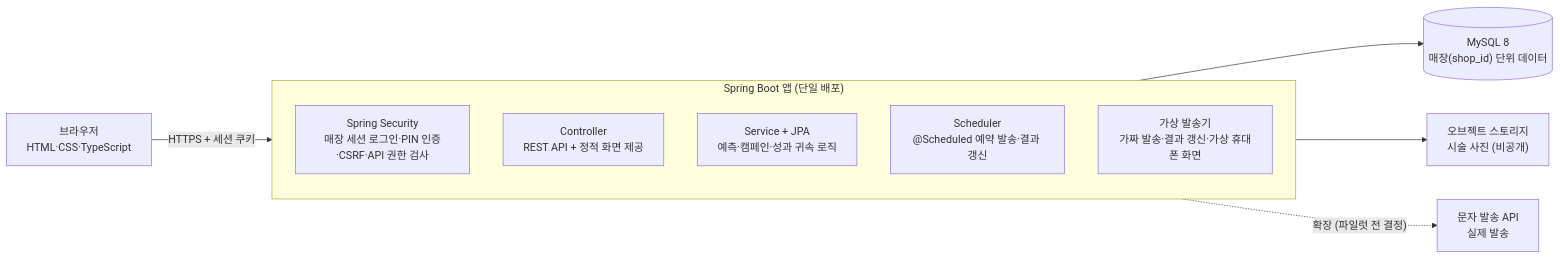
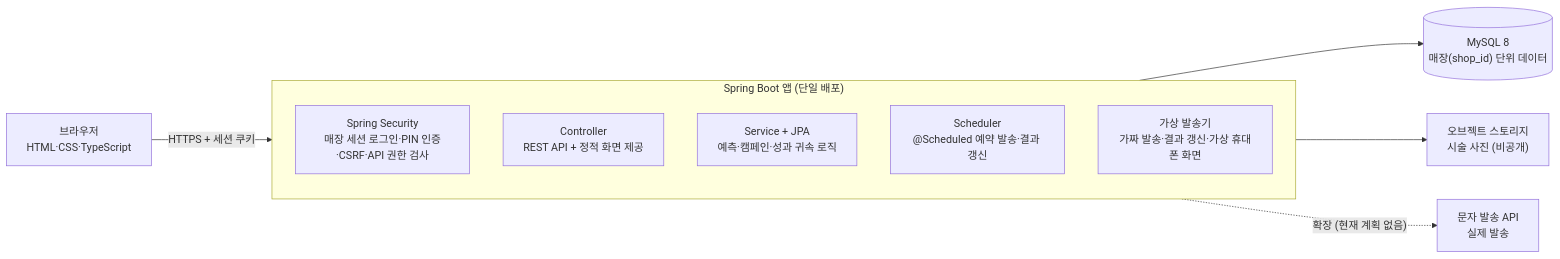
The second of 2 diagrams in 기획서.md (tuktak-lab/docs), drawn with Mermaid before and after one commit. The commit also changed other lines of this file and 2 other files, not shown here.

````diff
--- a/기획서.md
+++ b/기획서.md
@@ -206,15 +206,15 @@
 ```mermaid
 flowchart LR
     B["브라우저<br/>HTML·CSS·TypeScript"] -- "HTTPS + 세션 쿠키" --> APP
     subgraph APP["Spring Boot 앱 (단일 배포)"]
         direction TB
         S["Spring Security<br/>매장 세션 로그인·PIN 인증·CSRF·API 권한 검사"]
         C["Controller<br/>REST API + 정적 화면 제공"]
         SV["Service + JPA<br/>예측·캠페인·성과 귀속 로직"]
         SC["Scheduler<br/>@Scheduled 예약 발송·결과 갱신"]
         V["가상 발송기<br/>가짜 발송·결과 갱신·가상 휴대폰 화면"]
     end
     APP --> DB[("MySQL 8<br/>매장(shop_id) 단위 데이터")]
     APP --> ST["오브젝트 스토리지<br/>시술 사진 (비공개)"]
-    APP -. "확장 (파일럿 전 결정)" .-> SMS["문자 발송 API<br/>실제 발송"]
+    APP -. "확장 (현재 계획 없음)" .-> SMS["문자 발송 API<br/>실제 발송"]
 ```
````
